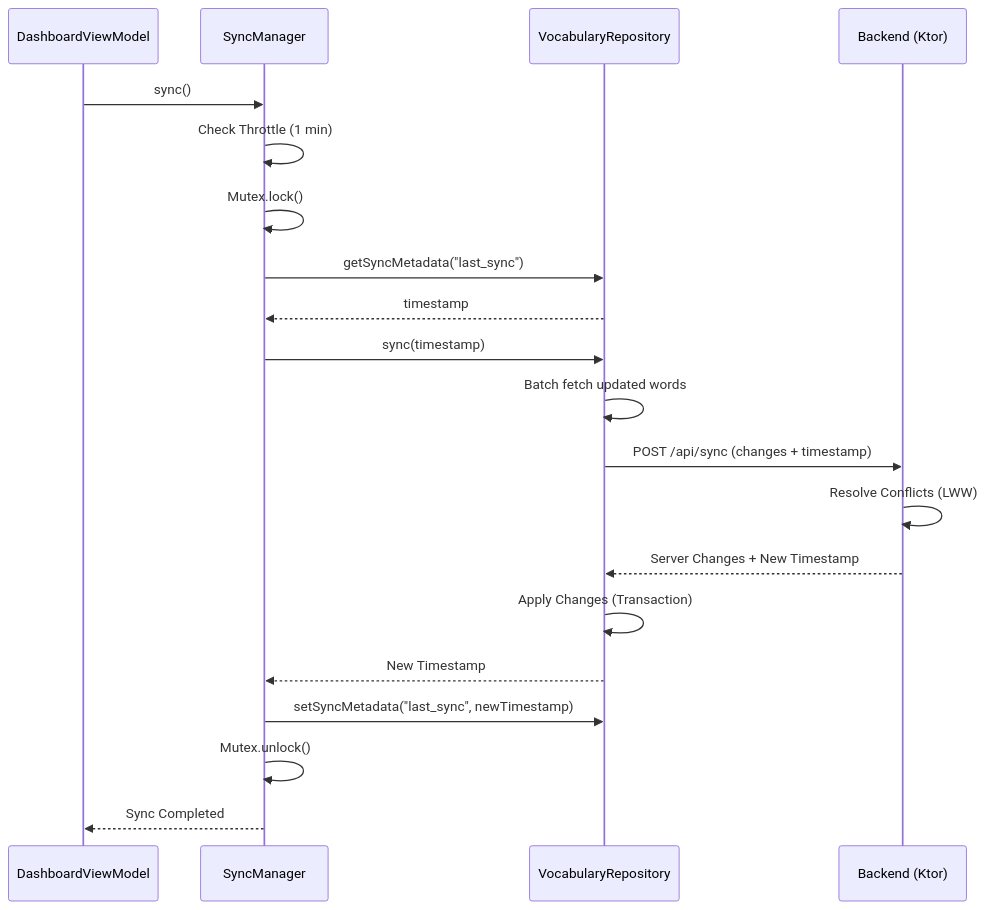
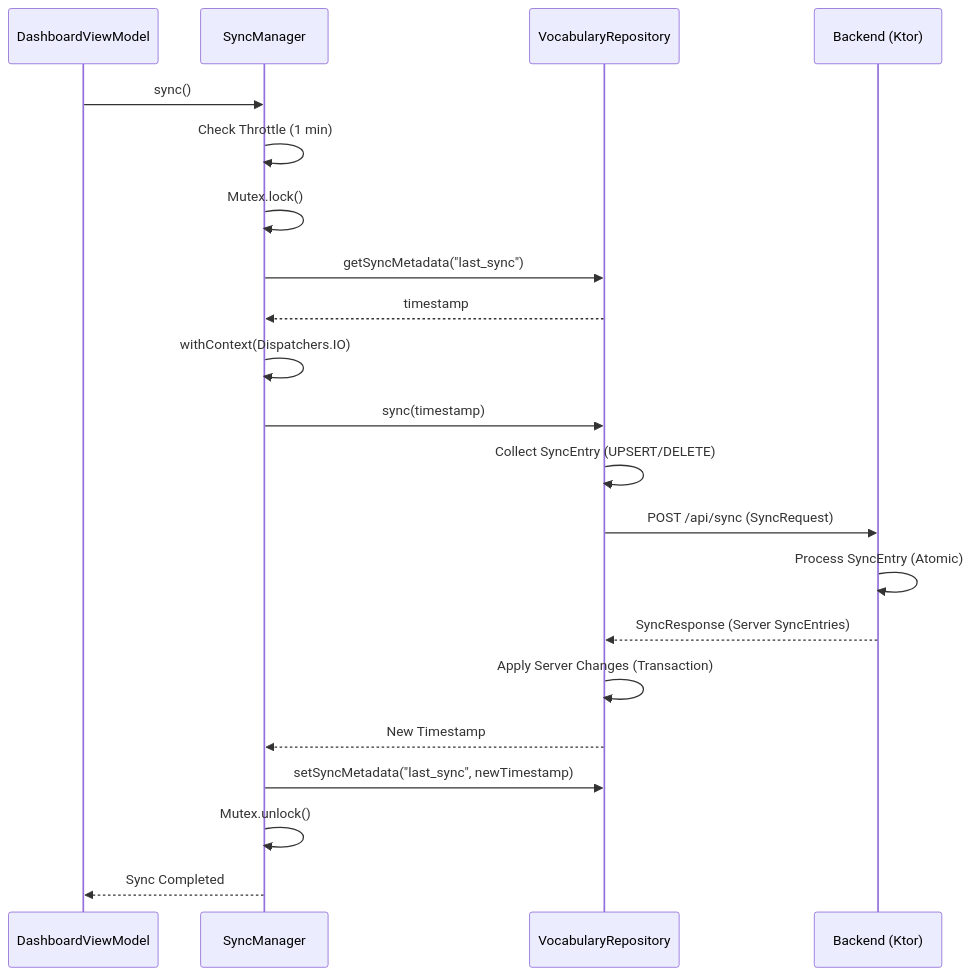
Before and after one commit to ursusandwolf/langkraft: the third of 6 diagrams in docs/UML.md, drawn with Mermaid. The commit also changed other lines of this file and 19 other files, not shown here.

````diff
--- a/docs/UML.md
+++ b/docs/UML.md
@@ -76,23 +82,24 @@
 ```mermaid
 sequenceDiagram
     participant UI as DashboardViewModel
     participant SM as SyncManager
     participant VR as VocabularyRepository
     participant API as Backend (Ktor)
     
     UI->>SM: sync()
     SM->>SM: Check Throttle (1 min)
     SM->>SM: Mutex.lock()
     SM->>VR: getSyncMetadata("last_sync")
     VR-->>SM: timestamp
+    SM->>SM: withContext(Dispatchers.IO)
     SM->>VR: sync(timestamp)
-    VR->>VR: Batch fetch updated words
-    VR->>API: POST /api/sync (changes + timestamp)
-    API->>API: Resolve Conflicts (LWW)
-    API-->>VR: Server Changes + New Timestamp
-    VR->>VR: Apply Changes (Transaction)
+    VR->>VR: Collect SyncEntry (UPSERT/DELETE)
+    VR->>API: POST /api/sync (SyncRequest)
+    API->>API: Process SyncEntry (Atomic)
+    API-->>VR: SyncResponse (Server SyncEntries)
+    VR->>VR: Apply Server Changes (Transaction)
     VR-->>SM: New Timestamp
     SM->>VR: setSyncMetadata("last_sync", newTimestamp)
     SM->>SM: Mutex.unlock()
     SM-->>UI: Sync Completed
 ```
````
